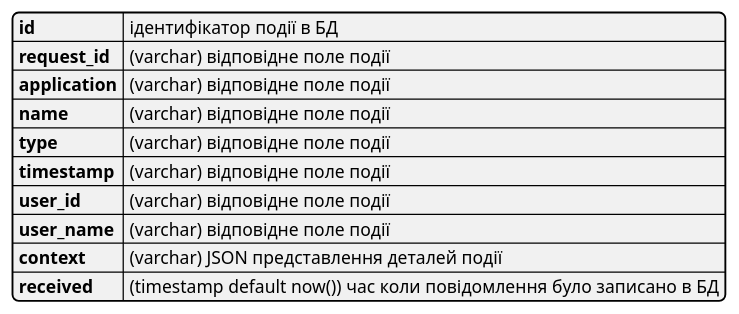
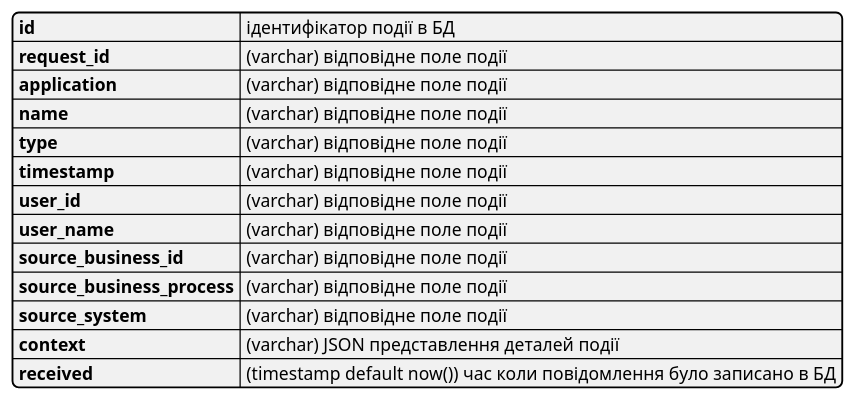
The second of 5 diagrams in modules/ROOT/pages/datafactory/audit.adoc (epam/edp-ddm-architecture), drawn with PlantUML before and after one commit. The commit also changed other lines of this file, not shown here.

Commit message:
[MDTUDDM-6399] Audit fields updated

```diff
--- a/modules/ROOT/pages/datafactory/audit.adoc
+++ b/modules/ROOT/pages/datafactory/audit.adoc
@@ -40,18 +43,20 @@
 [plantuml, table, svg]
 ----
 @startjson
 {
     "id": "ідентифікатор події в БД",
     "request_id": "(varchar) відповідне поле події",
     "application": "(varchar) відповідне поле події",
     "name": "(varchar) відповідне поле події",
     "type": "(varchar) відповідне поле події",
     "timestamp": "(varchar) відповідне поле події",
     "user_id": "(varchar) відповідне поле події",
     "user_name": "(varchar) відповідне поле події",
-'    "user_roles": "(varchar) відповідне поле події",
+    "source_business_id": "(varchar) відповідне поле події",
+    "source_business_process": "(varchar) відповідне поле події",
+    "source_system": "(varchar) відповідне поле події",
     "context": "(varchar) JSON представлення деталей події",
     "received": "(timestamp default now()) час коли повідомлення було записано в БД"
 }
 @endjson
 ----
```
